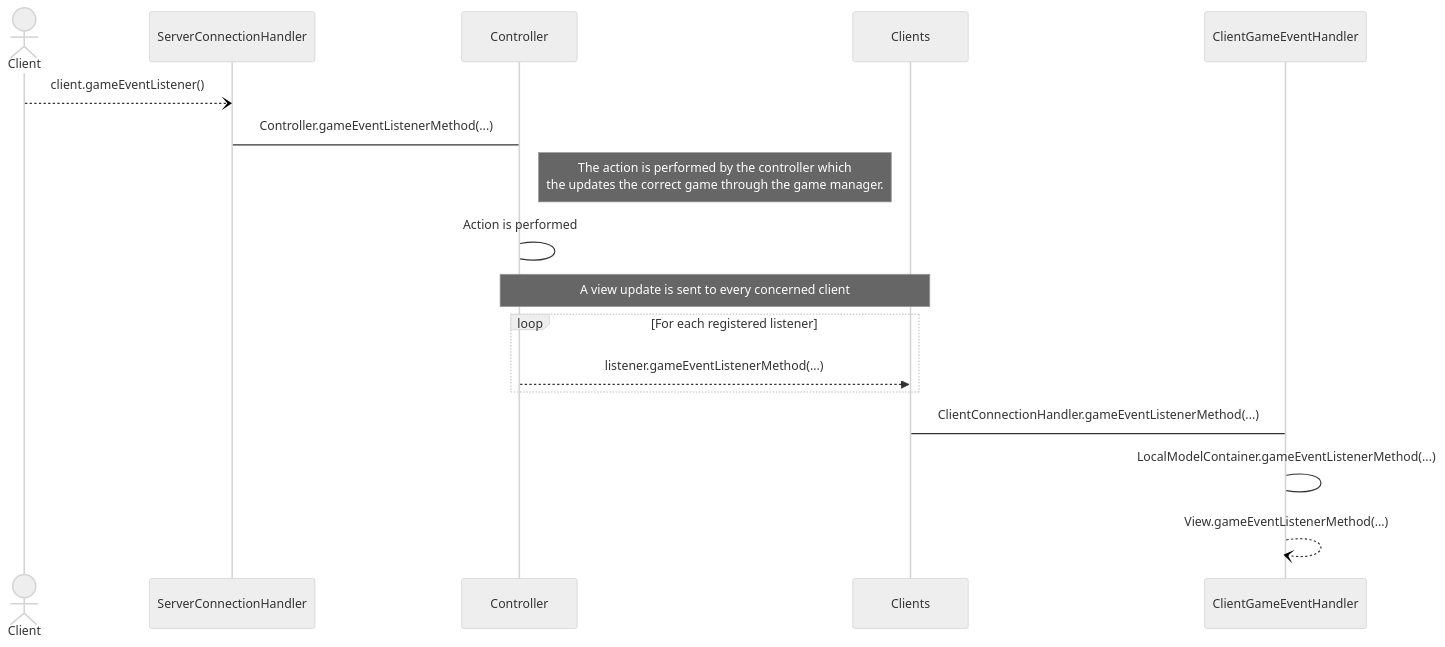
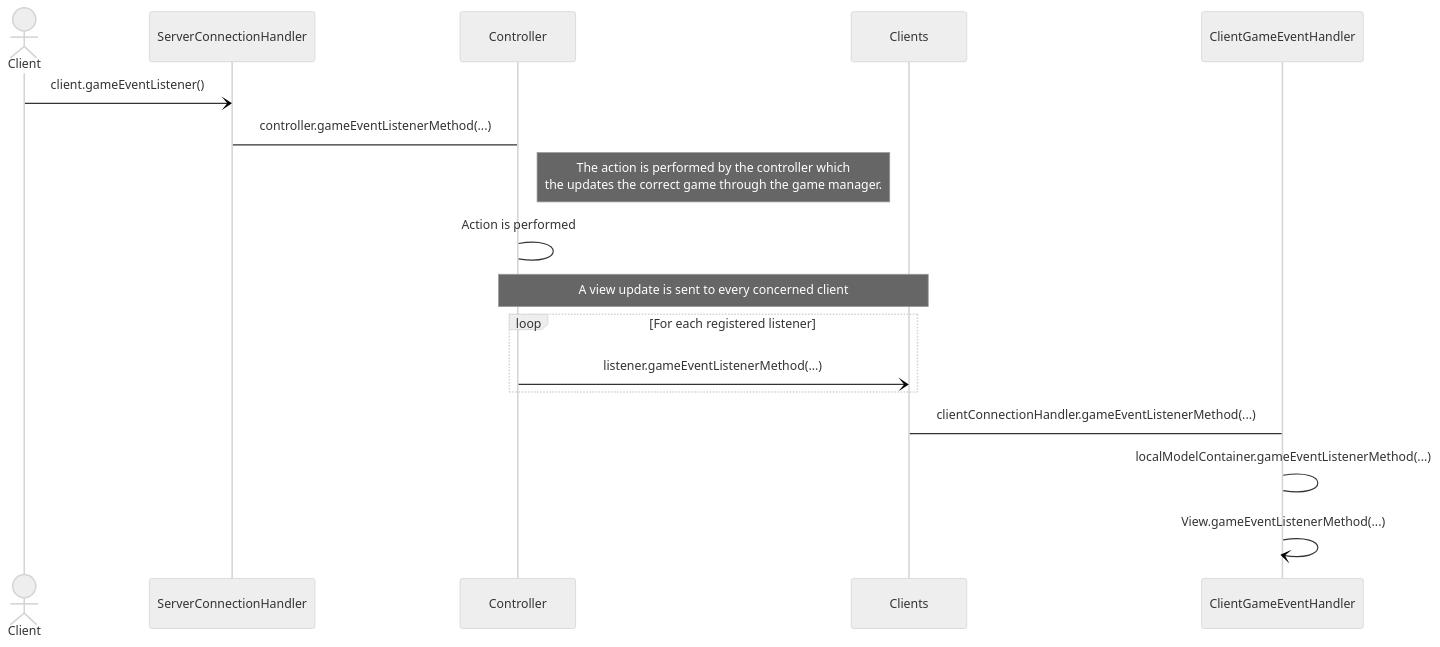
Before and after one commit to frephs/IS24-AM21: the first of 9 diagrams in documentation_wip/network_protocol.md, drawn with Mermaid (neutral theme). The commit also changed other lines of this file, not shown here.

````diff
--- a/documentation_wip/network_protocol.md
+++ b/documentation_wip/network_protocol.md
@@ -18,16 +18,16 @@
 ```mermaid
 sequenceDiagram
 Actor Client 
-Client  --) ServerConnectionHandler : client.gameEventListener()
-ServerConnectionHandler -> Controller : Controller.gameEventListenerMethod(...)
+Client  -) ServerConnectionHandler : client.gameEventListener()
+ServerConnectionHandler -> Controller : controller.gameEventListenerMethod(...)
 Note right of Controller: The action is performed by the controller which <br> the updates the correct game through the game manager. 
 Controller -> Controller : Action is performed 
 Note over Controller, Clients: A view update is sent to every concerned client
 loop For each registered listener
-Controller -->> Clients: listener.gameEventListenerMethod(...)
+Controller -) Clients: listener.gameEventListenerMethod(...)
 end
-Clients -> ClientGameEventHandler : ClientConnectionHandler.gameEventListenerMethod(...) 
-ClientGameEventHandler -> ClientGameEventHandler  : LocalModelContainer.gameEventListenerMethod(...)
-ClientGameEventHandler --) ClientGameEventHandler : View.gameEventListenerMethod(...)
+Clients -> ClientGameEventHandler : clientConnectionHandler.gameEventListenerMethod(...) 
+ClientGameEventHandler -> ClientGameEventHandler  : localModelContainer.gameEventListenerMethod(...)
+ClientGameEventHandler -) ClientGameEventHandler : View.gameEventListenerMethod(...)
 
 ```
````
